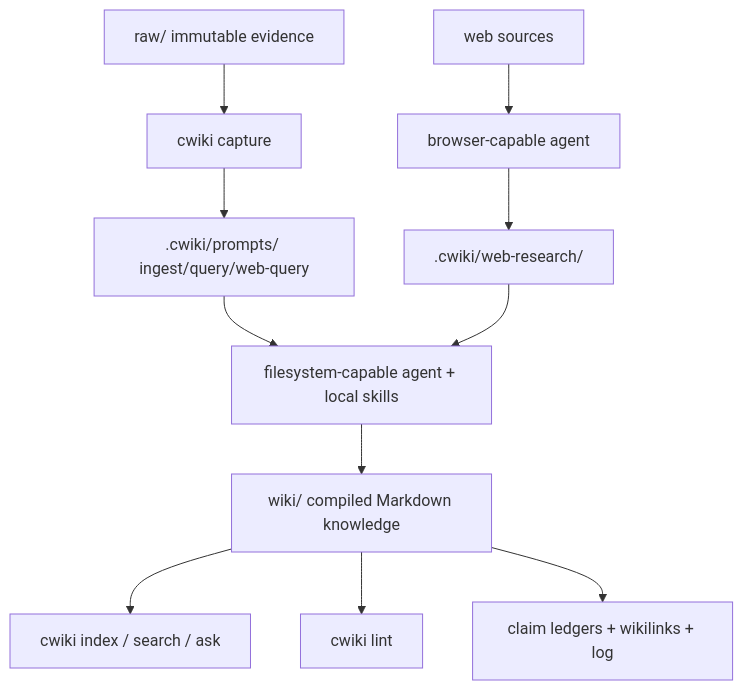
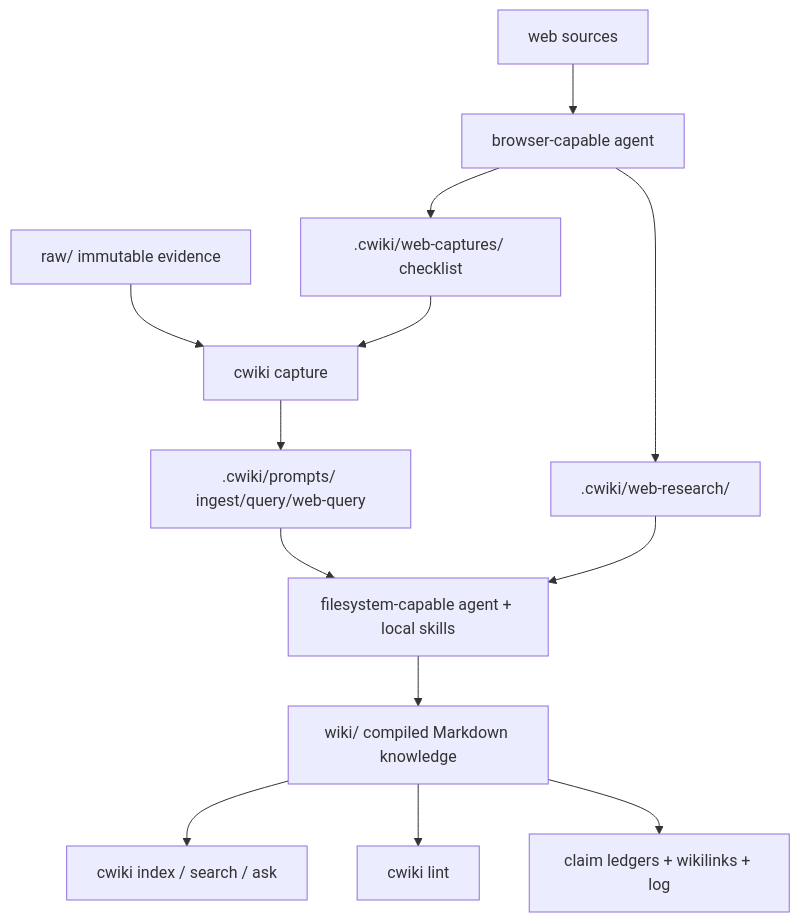
One commit to Forever5471/llm-compound-wiki changed the diagram in README.md. Above: the diagram before and after it, drawn with Mermaid. The commit also changed other lines of this file and 18 other files, not shown here.

````diff
--- a/README.md
+++ b/README.md
@@ -36,13 +36,15 @@
 ```mermaid
 flowchart TD
     raw["raw/ immutable evidence"] --> capture["cwiki capture"]
     capture --> prompts[".cwiki/prompts/ ingest/query/web-query"]
     prompts --> agent["filesystem-capable agent + local skills"]
     agent --> wiki["wiki/ compiled Markdown knowledge"]
     wiki --> index["cwiki index / search / ask"]
     wiki --> lint["cwiki lint"]
     wiki --> claims["claim ledgers + wikilinks + log"]
     web["web sources"] --> browser["browser-capable agent"]
     browser --> research[".cwiki/web-research/"]
+    browser --> captures[".cwiki/web-captures/ checklist"]
     research --> agent
+    captures --> capture
 ```
````
